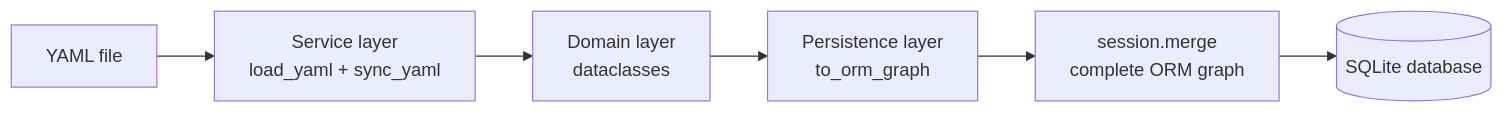
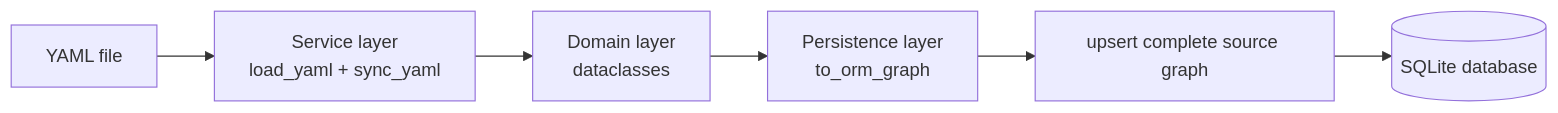
Before and after one commit to kardossandor/cc-yaml-to-sqlite-poc: the first of 2 diagrams in README.md, drawn with Mermaid. The commit also changed other lines of this file and 2 other files, not shown here.

````diff
--- a/README.md
+++ b/README.md
@@ -9,8 +8,8 @@
 ```mermaid
 flowchart LR
     YAML[YAML file] --> Service[Service layer\nload_yaml + sync_yaml]
     Service --> Domain[Domain layer\ndataclasses]
     Domain --> Persistence[Persistence layer\nto_orm_graph]
-    Persistence --> Merge[session.merge\ncomplete ORM graph]
-    Merge --> SQLite[(SQLite database)]
+    Persistence --> Upsert[upsert complete source graph]
+    Upsert --> SQLite[(SQLite database)]
 ```
````
